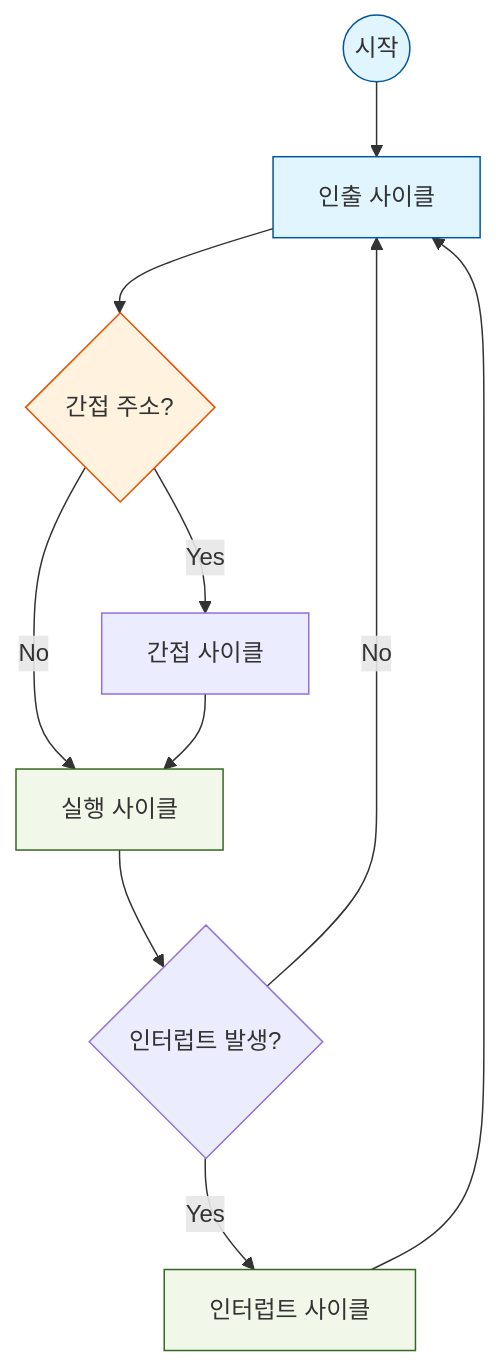
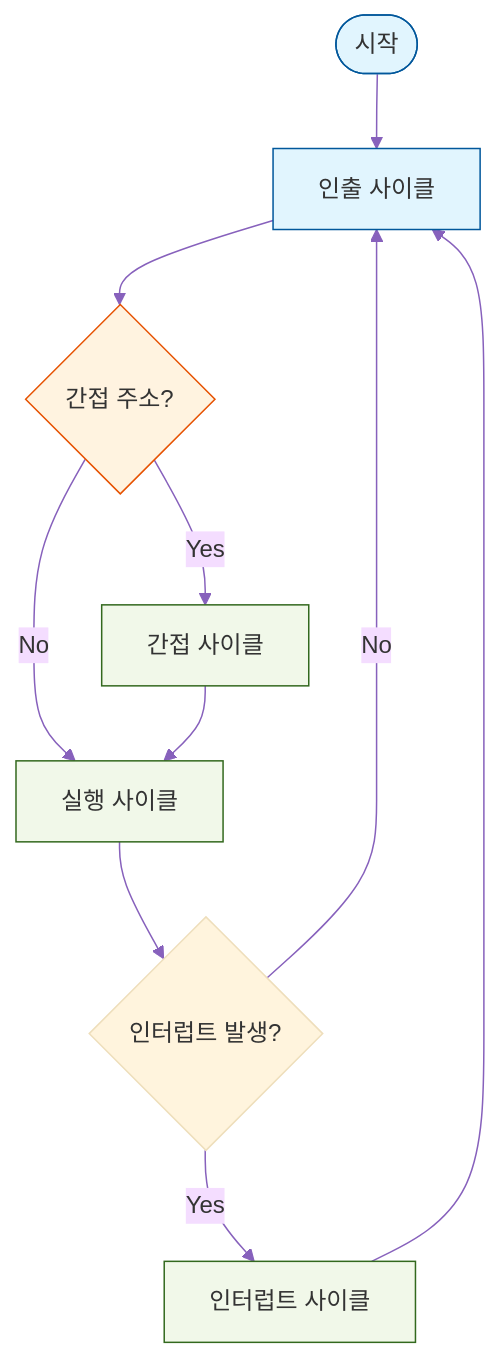
The first of 9 diagrams in content/computer_architecture/02_CPU.md (jusasa/jusasa.github.io), drawn with Mermaid before and after one commit. The commit also changed other lines of this file and 8 other files, not shown here.

Commit message:
mermaid가 안보이던 현상 수정 및 과목별 meta.json 수정

````diff
--- a/content/computer_architecture/02_CPU.md
+++ b/content/computer_architecture/02_CPU.md
@@ -21,18 +21,20 @@
 ```mermaid
-%%{init: {'theme': 'base', 'themeVariables': { 'lineColor': '#8761bc';}}}%%
-graph TD
-    Start((시작)) --> Fetch[인출 사이클]
+%%{init: {'theme': 'base', 'themeVariables': { 'lineColor': '#8761bc'}}}%%
+flowchart TD
+    Start([시작]) --> Fetch[인출 사이클]
     Fetch --> Indirect{간접 주소?}
     Indirect -- Yes --> Ind[간접 사이클]
     Indirect -- No --> Execute[실행 사이클]
     Ind --> Execute
     Execute --> Interrupt{인터럽트 발생?}
     Interrupt -- Yes --> Int[인터럽트 사이클]
     Interrupt -- No --> Fetch
     Int --> Fetch
+
     style Start fill:#e1f5fe,stroke:#01579b
     style Fetch fill:#e1f5fe,stroke:#01579b
     style Indirect fill:#fff3e0,stroke:#e65100
     style Execute fill:#f1f8e9,stroke:#33691e
     style Int fill:#f1f8e9,stroke:#33691e
+    style Ind fill:#f1f8e9,stroke:#33691e
 ```
````
